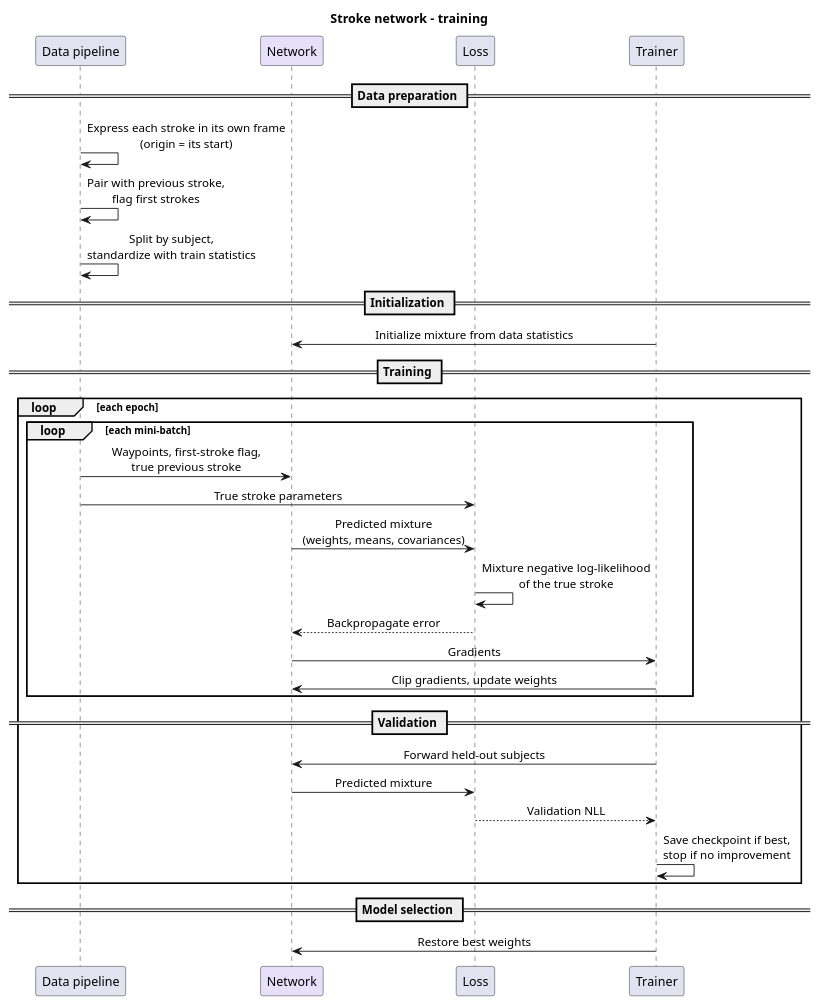
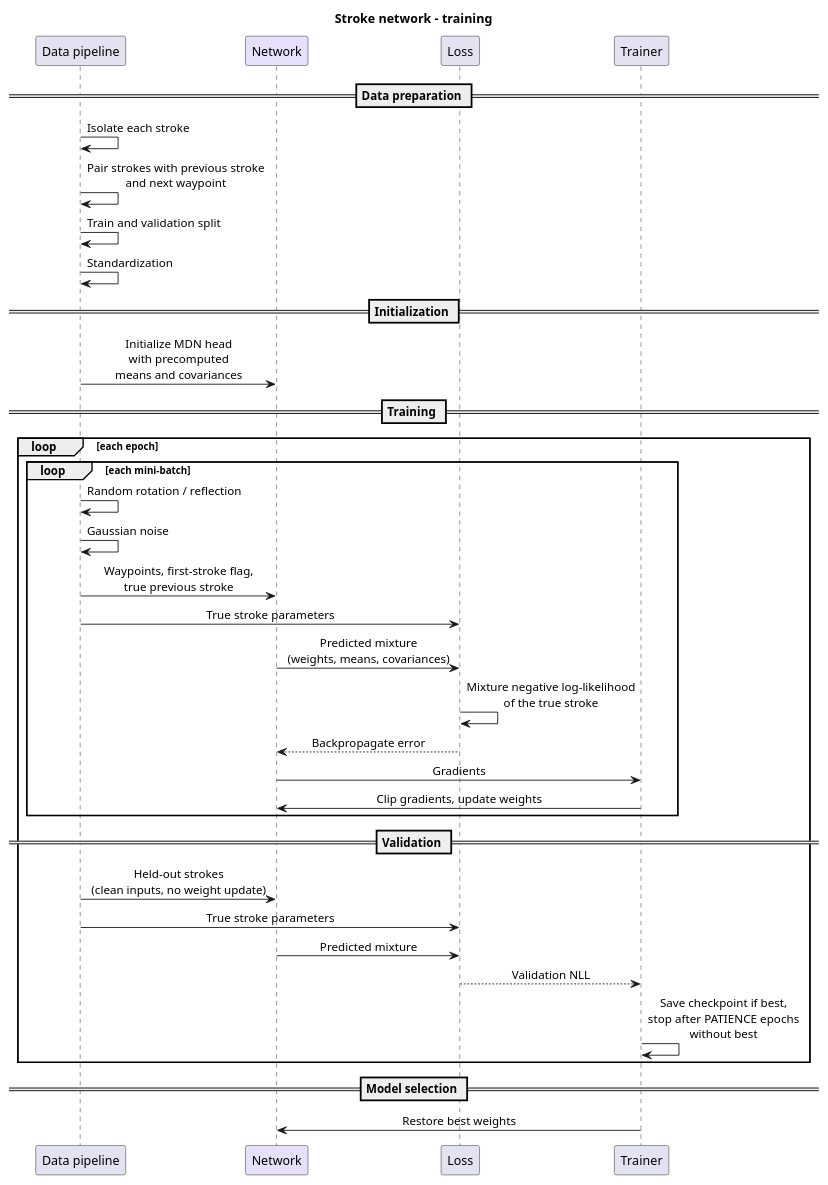
One commit to Dacu02/master_thesis_data_analysis changed the diagram in data/framework/diagrams/stroke_network_training.puml. Above: the diagram before and after it, drawn with PlantUML. The commit also changed 1 other file, not shown here.

Commit message:
diagrams

```diff
--- a/data/framework/diagrams/stroke_network_training.puml
+++ b/data/framework/diagrams/stroke_network_training.puml
@@ -1,41 +1,45 @@
 @startuml stroke_network_training
 title Stroke network - training
 
 skinparam sequenceMessageAlign center
 skinparam responseMessageBelowArrow true
 
 participant "Data pipeline" as D
 participant "Network" as N #E6E0FA
 participant "Loss" as L
 participant "Trainer" as T
 
 == Data preparation ==
-D -> D : Express each stroke in its own frame\n(origin = its start)
-D -> D : Pair with previous stroke,\nflag first strokes
-D -> D : Split by subject,\nstandardize with train statistics
+D -> D : Isolate each stroke
+D -> D : Pair strokes with previous stroke\nand next waypoint
+D -> D : Train and validation split
+D -> D : Standardization
 
 == Initialization ==
-T -> N : Initialize mixture from data statistics
+D -> N : Initialize MDN head\nwith precomputed\nmeans and covariances
 
 == Training ==
 loop each epoch
   loop each mini-batch
+    D -> D : Random rotation / reflection
+    D -> D : Gaussian noise
     D -> N : Waypoints, first-stroke flag,\ntrue previous stroke
     D -> L : True stroke parameters
     N -> L : Predicted mixture\n(weights, means, covariances)
     L -> L : Mixture negative log-likelihood\nof the true stroke
     L --> N : Backpropagate error
     N -> T : Gradients
     T -> N : Clip gradients, update weights
   end
 
   == Validation ==
-  T -> N : Forward held-out subjects
+  D -> N : Held-out strokes\n(clean inputs, no weight update)
+  D -> L : True stroke parameters
   N -> L : Predicted mixture
   L --> T : Validation NLL
-  T -> T : Save checkpoint if best,\nstop if no improvement
+  T -> T : Save checkpoint if best,\nstop after PATIENCE epochs\nwithout best
 end
 
 == Model selection ==
 T -> N : Restore best weights
 @enduml
```
